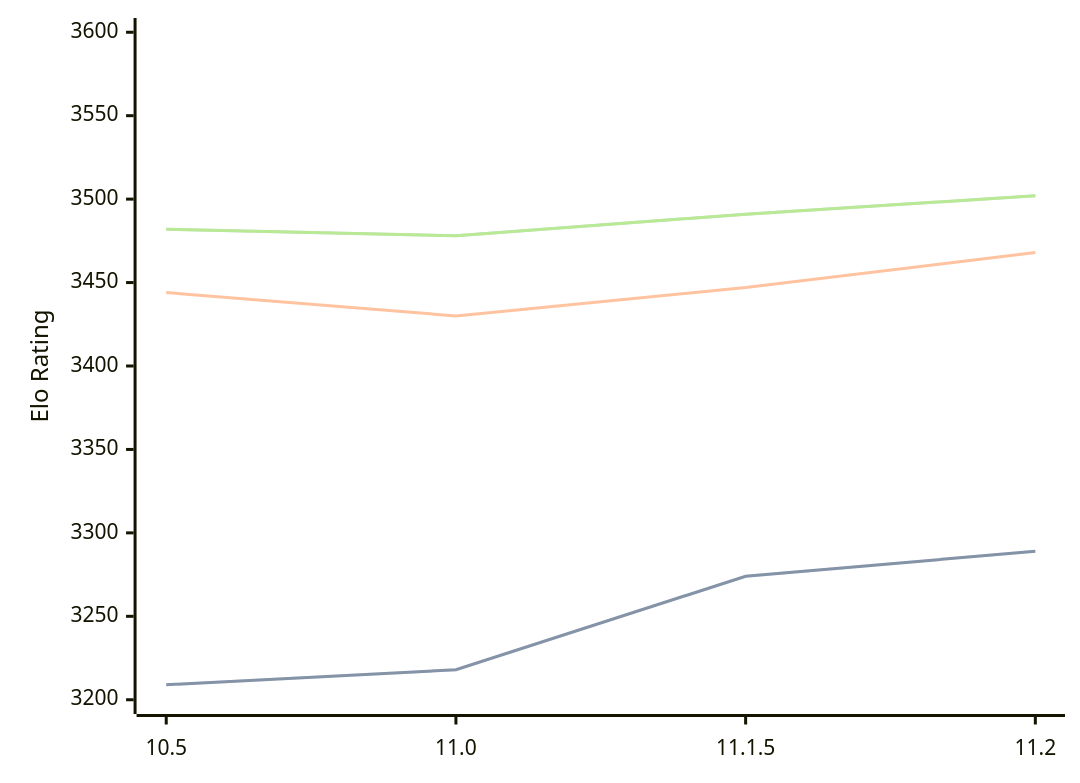
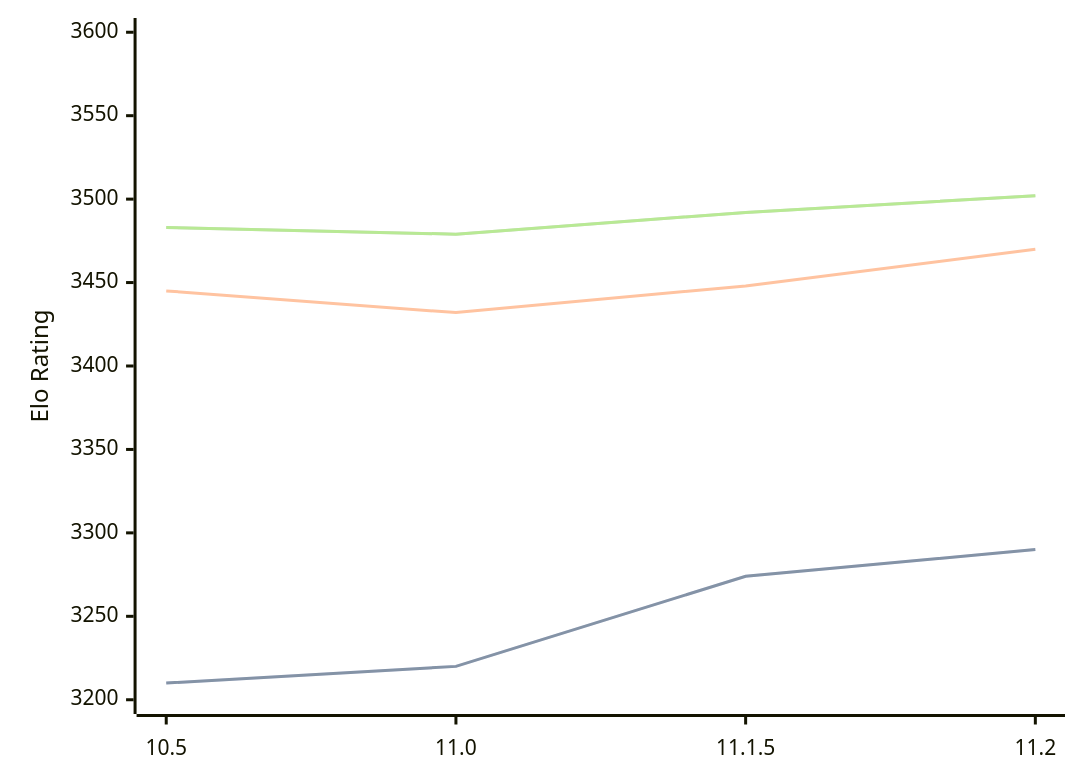
The first of 3 diagrams in engines/Lizard.md (computer-chess-index/cci), drawn with Mermaid before and after one commit. The commit also changed other lines of this file, not shown here.

Commit message:
Update CCI Ratings (ELO VLTC) - 2026-06-30

````diff
--- a/engines/Lizard.md
+++ b/engines/Lizard.md
@@ -46,11 +46,11 @@
 ```mermaid
 %%{init: {"theme":"base","themeVariables":{"seriesColors:['#a3a3a3','#222221','#faa371']}}}%%
 xychart-beta
   x-axis ["10.5", "11.0", "11.1.5", "11.2"]
   y-axis "Elo Rating" 3200 --> 3600
-  line "STC (8.0+0.08s)" [3209, 3218, 3274, 3289]
-  line "STC (8.0+0.08s)" [3209, 3218, 3274, 3289]
-  line "LTC (60.0+0.60s)" [3444, 3430, 3447, 3468]
-  line "VLTC (2m24s+1.12s)" [3482, 3478, 3491, 3502]
-  line "VLTC (2m24s+1.12s)" [3482, 3478, 3491, 3502]
+  line "STC (8.0+0.08s)" [3210, 3220, 3274, 3290]
+  line "STC (8.0+0.08s)" [3210, 3220, 3274, 3290]
+  line "LTC (60.0+0.60s)" [3445, 3432, 3448, 3470]
+  line "VLTC (2m24s+1.12s)" [3483, 3479, 3492, 3502]
+  line "VLTC (2m24s+1.12s)" [3483, 3479, 3492, 3502]
 ```
````
